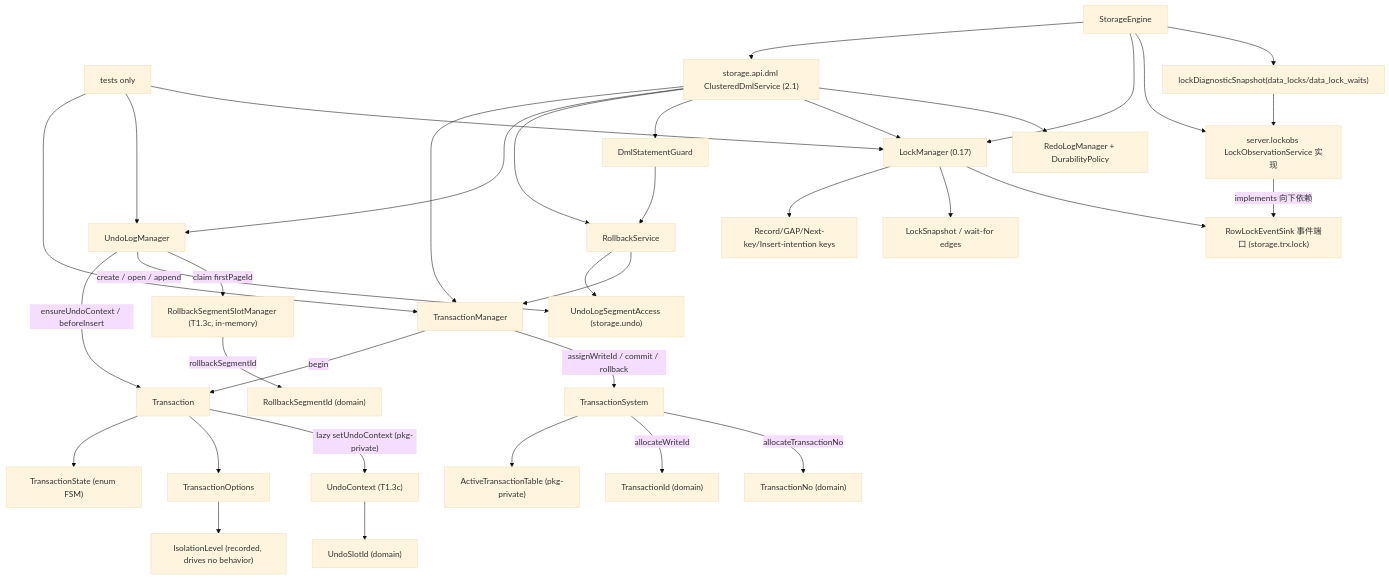
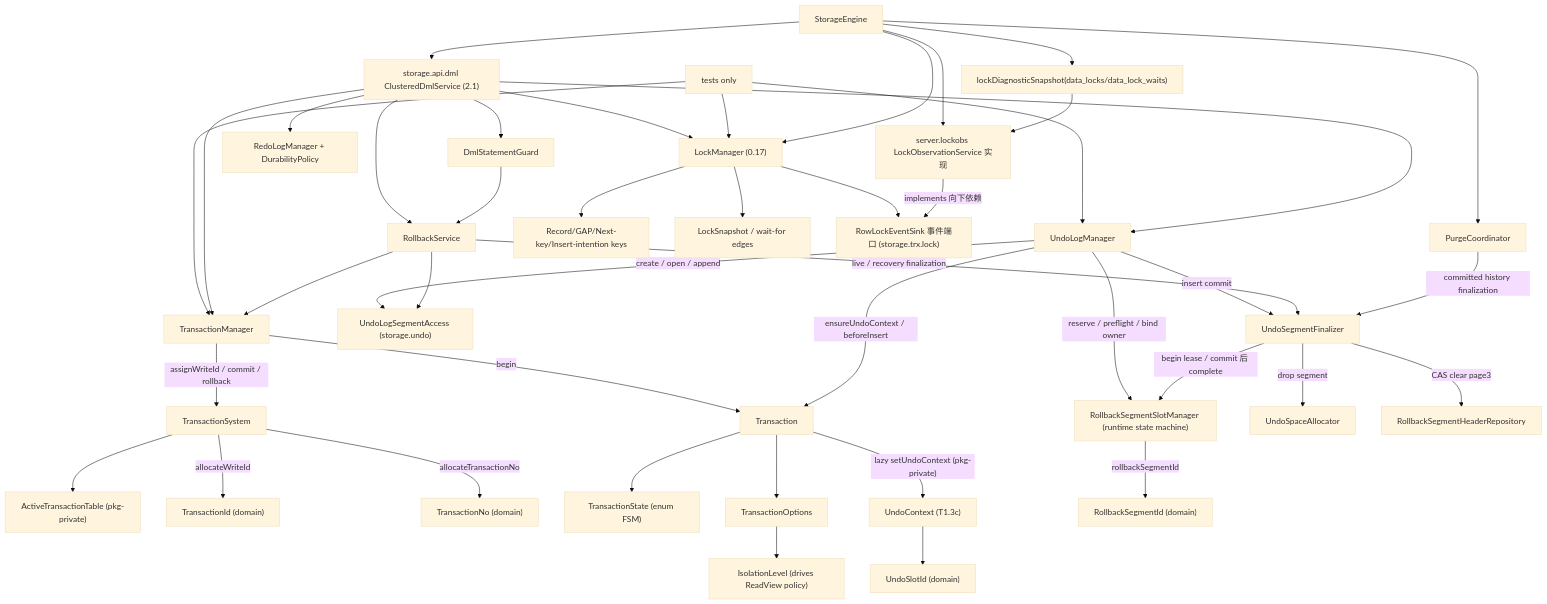
Before and after one commit to mywnlb/dbtest: the seventh of 9 diagrams in docs/design/current-implementation-map.md, drawn with Mermaid (base theme). The commit also changed other lines of this file and 38 other files, not shown here.

Commit message:
Make undo rollback progress and finalization crash-safe

````diff
--- a/docs/design/current-implementation-map.md
+++ b/docs/design/current-implementation-map.md
@@ -359,38 +359,45 @@
 ```mermaid
 flowchart TD
   Tests["tests only"] --> Mgr["TransactionManager"]
   Tests --> UndoMgr["UndoLogManager"]
   Engine["StorageEngine"] --> DML["storage.api.dml ClusteredDmlService (2.1)"]
   DML --> Mgr
   DML --> UndoMgr
   DML --> RollbackSvc["RollbackService"]
+  Engine --> Purge["PurgeCoordinator"]
   DML --> Guard["DmlStatementGuard"]
   Guard --> RollbackSvc
   DML --> LockMgr
   DML --> RedoMgr["RedoLogManager + DurabilityPolicy"]
   Mgr -->|begin| Txn["Transaction"]
   Mgr -->|assignWriteId / commit / rollback| Sys["TransactionSystem"]
   Sys --> ATT["ActiveTransactionTable (pkg-private)"]
   Sys -->|allocateWriteId| TxId["TransactionId (domain)"]
   Sys -->|allocateTransactionNo| TxNo["TransactionNo (domain)"]
   Txn --> State["TransactionState (enum FSM)"]
   Txn --> Opts["TransactionOptions"]
-  Opts --> Iso["IsolationLevel (recorded, drives no behavior)"]
+  Opts --> Iso["IsolationLevel (drives ReadView policy)"]
   Txn -->|"lazy setUndoContext (pkg-private)"| Ctx["UndoContext (T1.3c)"]
   UndoMgr -->|ensureUndoContext / beforeInsert| Txn
   UndoMgr -->|create / open / append| Access["UndoLogSegmentAccess (storage.undo)"]
-  UndoMgr -->|claim firstPageId| Slots["RollbackSegmentSlotManager (T1.3c, in-memory)"]
+  UndoMgr -->|reserve / preflight / bind owner| Slots["RollbackSegmentSlotManager (runtime state machine)"]
+  UndoMgr -->|insert commit| Finalizer["UndoSegmentFinalizer"]
+  RollbackSvc -->|live / recovery finalization| Finalizer
+  Purge -->|committed history finalization| Finalizer
+  Finalizer -->|drop segment| Allocator["UndoSpaceAllocator"]
+  Finalizer -->|CAS clear page3| RsegHeader["RollbackSegmentHeaderRepository"]
+  Finalizer -->|begin lease / commit 后 complete| Slots
   Tests --> LockMgr["LockManager (0.17)"]
   Engine --> LockMgr
   LockMgr --> LockKeys["Record/GAP/Next-key/Insert-intention keys"]
   LockMgr --> LockSnap["LockSnapshot / wait-for edges"]
   LockMgr --> Sink["RowLockEventSink 事件端口 (storage.trx.lock)"]
   LockObs["server.lockobs LockObservationService 实现"] -->|implements 向下依赖| Sink
   Engine --> LockObs
   Engine --> LockDiag["lockDiagnosticSnapshot(data_locks/data_lock_waits)"]
   LockDiag --> LockObs
   Slots -->|rollbackSegmentId| RsegId["RollbackSegmentId (domain)"]
   Ctx --> SlotId["UndoSlotId (domain)"]
   RollbackSvc --> Access
   RollbackSvc --> Mgr
 ```
````
